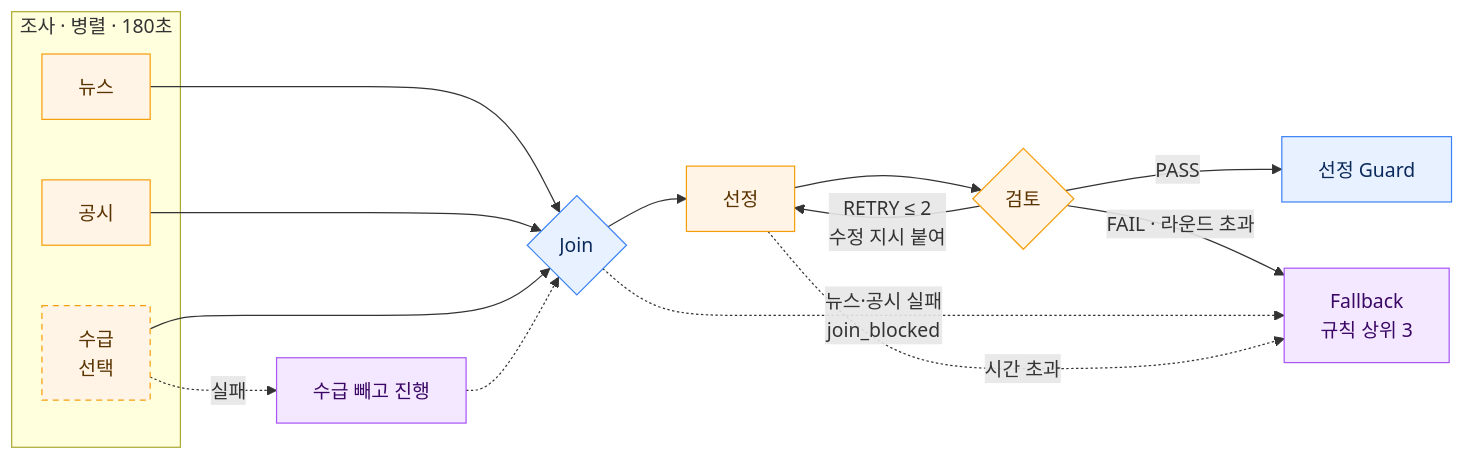
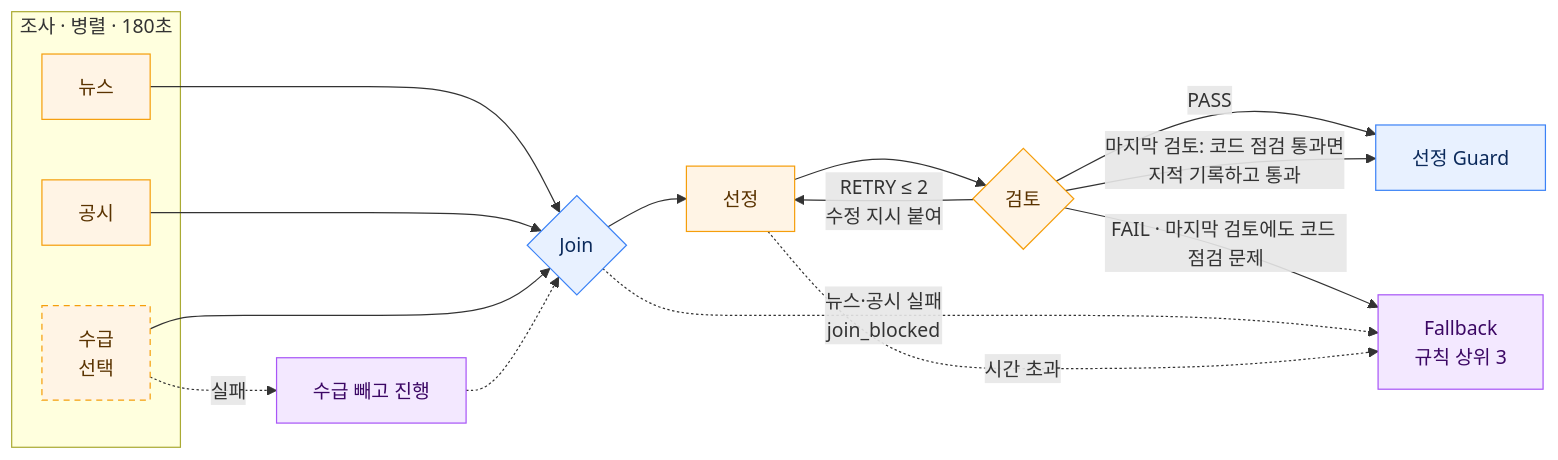
Before and after one commit to encore-ai-campus/AIO-01-P3-TEAM1: the third of 10 diagrams in docs/design/AI_AGENT_WORKFLOW.md, drawn with Mermaid. The commit also changed other lines of this file and 15 other files, not shown here.

````diff
--- a/docs/design/AI_AGENT_WORKFLOW.md
+++ b/docs/design/AI_AGENT_WORKFLOW.md
@@ -228,30 +228,31 @@
 ```mermaid
 flowchart LR
     classDef code fill:#e8f1ff,stroke:#3b82f6,color:#0b2a5b
     classDef ai fill:#fff4e5,stroke:#f59e0b,color:#5a3300
     classDef opt fill:#fff4e5,stroke:#f59e0b,stroke-dasharray:5 4,color:#5a3300
     classDef heal fill:#f3e8ff,stroke:#a855f7,color:#3b0764
     classDef fail fill:#fdecec,stroke:#ef4444,color:#5b0b0b
 
     subgraph R["조사 · 병렬 · 180초"]
         N["뉴스"]:::ai
         P["공시"]:::ai
         W["수급<br/>선택"]:::opt
     end
 
     J{"Join"}:::code
     S["선정"]:::ai
     V{"검토"}:::ai
     OK["선정 Guard"]:::code
     SK["수급 빼고 진행"]:::heal
     FB["Fallback<br/>규칙 상위 3"]:::heal
 
     N & P & W --> J
     W -. "실패" .-> SK -.-> J
     J --> S --> V
     V -- "RETRY ≤ 2<br/>수정 지시 붙여" --> S
     V -- "PASS" --> OK
-    V -- "FAIL · 라운드 초과" --> FB
+    V -- "마지막 검토: 코드 점검 통과면<br/>지적 기록하고 통과" --> OK
+    V -- "FAIL · 마지막 검토에도 코드 점검 문제" --> FB
     J -. "뉴스·공시 실패<br/>join_blocked" .-> FB
     S -. "시간 초과" .-> FB
 ```
````
